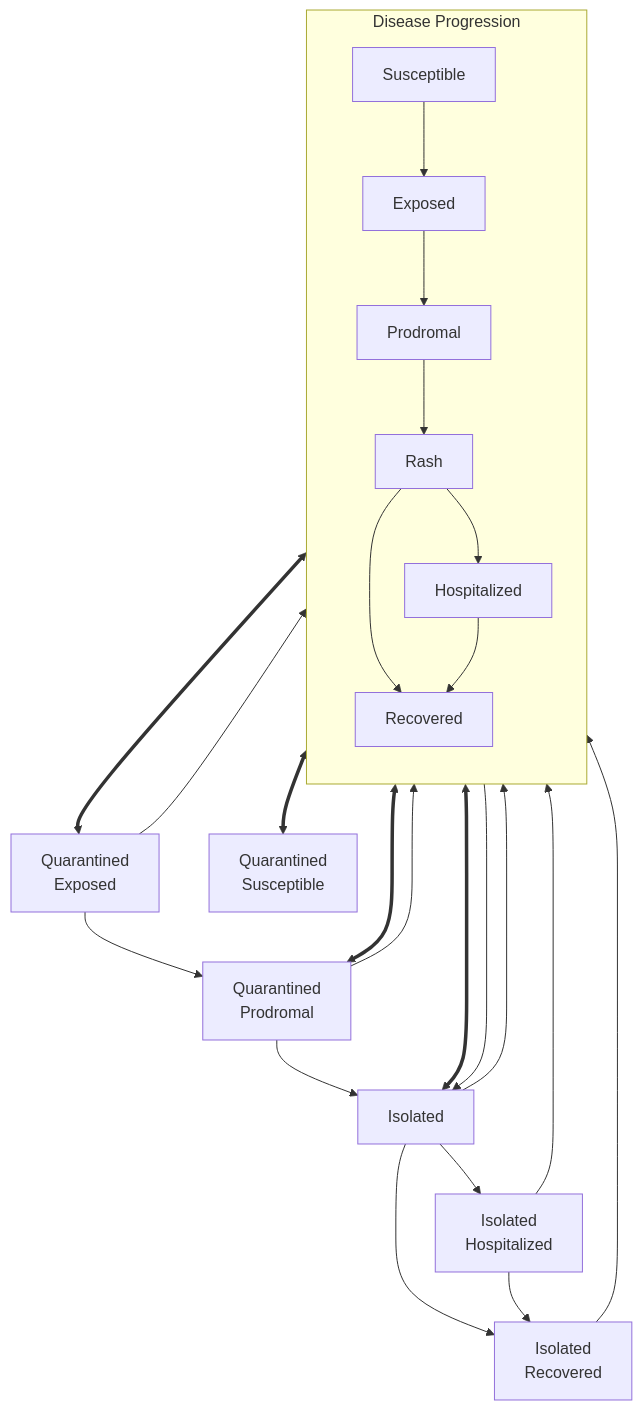
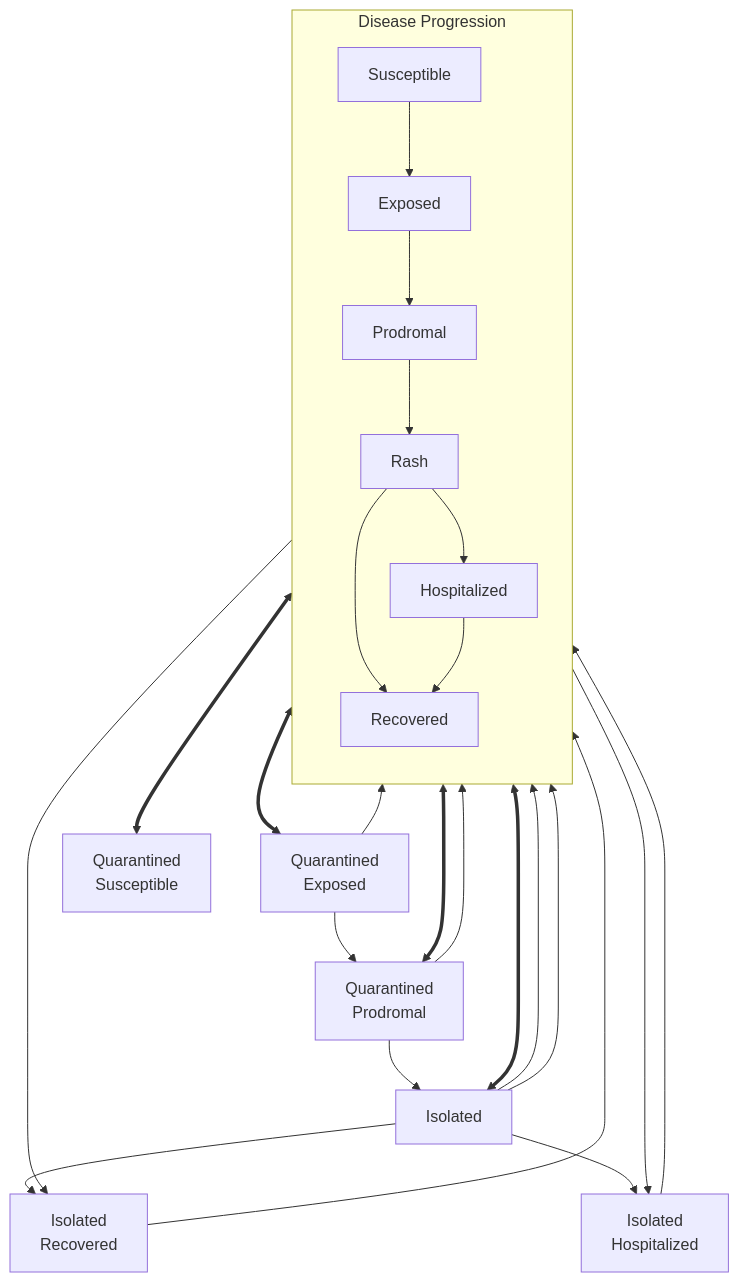
One commit to UofUEpiBio/epiworld changed the diagram in include/epiworld/models/measlesmixing.mmd. Above: the diagram before and after it, drawn with Mermaid. The commit also changed other lines of this file and 3 other files, not shown here.

Commit message:
Updating diagrams

```diff
--- a/include/epiworld/models/measlesmixing.mmd
+++ b/include/epiworld/models/measlesmixing.mmd
@@ -1,51 +1,57 @@
 flowchart TB
 
     %% Disease progression states
     subgraph Main[Disease Progression]
         direction TB
         S[Susceptible]
         E[Exposed]
         P[Prodromal]
         Ra[Rash]
         Re[Recovered]
         H[Hospitalized]
     end
 
     S --> E
     E --> P
     P --> Ra
     Ra --> Re
     
     Ra --> H
     H --> Re
 
     %% Quarantine states
     Qe[Quarantined<br>Exposed]
     Qs[Quarantined<br>Susceptible]
     Qp[Quarantined<br>Prodromal]
     I[Isolated]
     Ih[Isolated<br>Hospitalized]
     Ir[Isolated<br>Recovered]
 
+    %% Prodromal updates
+    P <==> Qp
+
+    %% Rash updates
+    Ra <==> I
+    Ra --> Ir
+    Ra --> Ih
+
     %% Isolation process
-    Ra <==> I
     I --> Re
+    I --> Ir
     I --> Ih
+    I --> H
 
-    I --> Ir
-    Ih --> Ir
+    %% Ih --> Ir
     Ih --> Re
     Ir --> Re
 
     %% Quarantine process
     S <==> Qs
 
+    %% Quarantine Exposed
+    Qe --> Qp
+    Qe --> P
     E <==> Qe
 
-    Qe --> Qp
     Qp --> I
     Qp --> Ra
-    Qe --> P
-
-    P <==> Qp
-    P --> I
```
